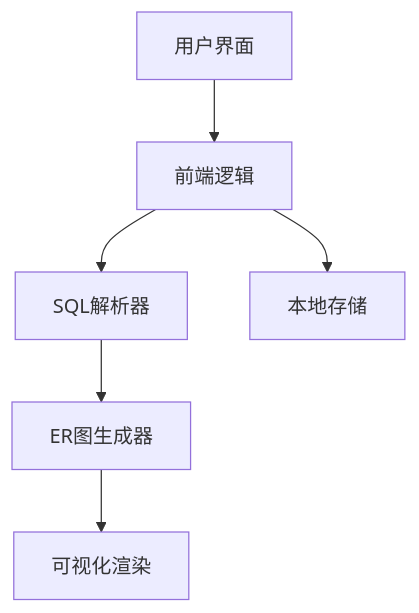
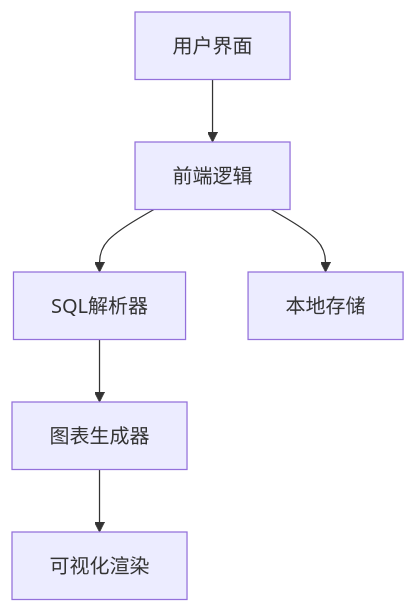
Before and after one commit to 2375351829/html-huahua: the diagram in .trae/documents/Technical-Architecture.md, drawn with Mermaid. The commit also changed other lines of this file and 16994 other files, not shown here.

Commit message:
feat: SQL转ER图在线网页

````diff
--- a/.trae/documents/Technical-Architecture.md
+++ b/.trae/documents/Technical-Architecture.md
@@ -2,8 +2,8 @@
 ```mermaid
 flowchart TD
   A[用户界面] --> B[前端逻辑]
   B --> C[SQL解析器]
-  C --> D[ER图生成器]
+  C --> D[图表生成器]
   D --> E[可视化渲染]
   B --> F[本地存储]
 ```
````
